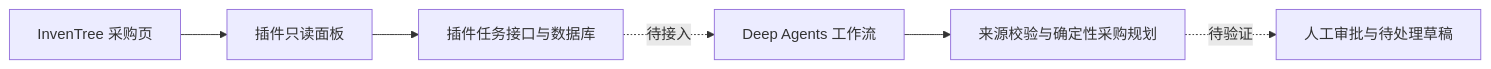
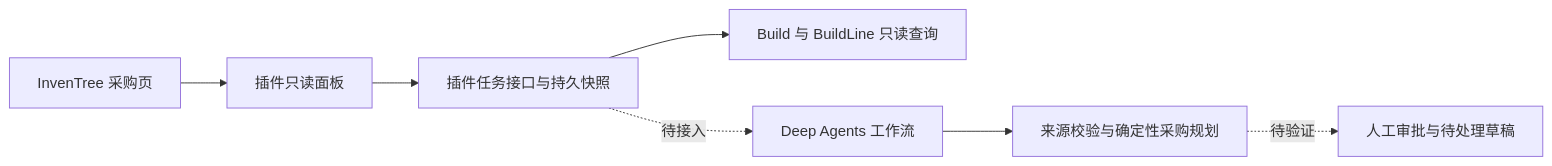
The diagram in examples/inventree-procurement-agent/docs/interview_notes.zh-CN.md (QIANG-t/deepagents), drawn with Mermaid before and after one commit. The commit also changed other lines of this file and 25 other files, not shown here.

````diff
--- a/examples/inventree-procurement-agent/docs/interview_notes.zh-CN.md
+++ b/examples/inventree-procurement-agent/docs/interview_notes.zh-CN.md
@@ -11,8 +11,9 @@
 ```mermaid
 flowchart LR
     A[InvenTree 采购页] --> B[插件只读面板]
-    B --> C[插件任务接口与数据库]
+    B --> C[插件任务接口与持久快照]
+    C --> G[Build 与 BuildLine 只读查询]
     C -. 待接入 .-> D[Deep Agents 工作流]
     D --> E[来源校验与确定性采购规划]
     E -. 待验证 .-> F[人工审批与待处理草稿]
 ```
````
